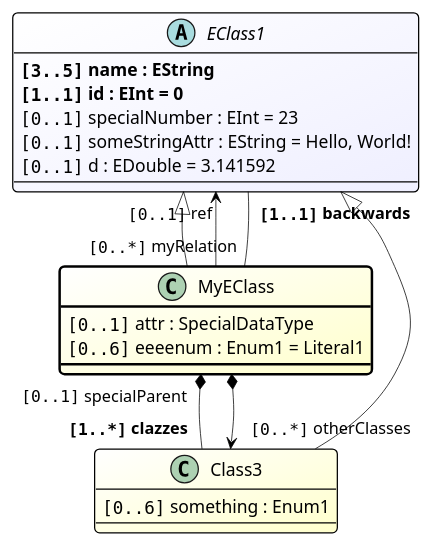
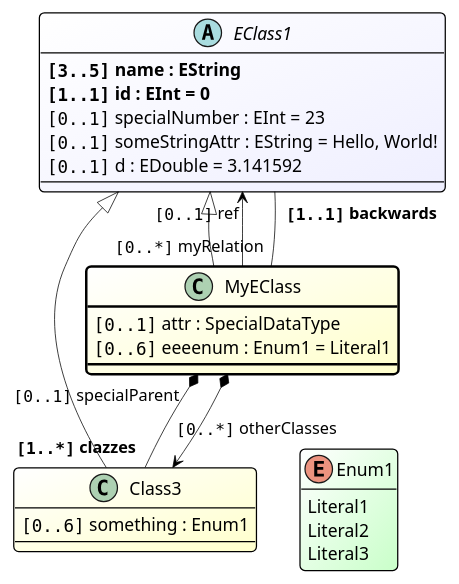
Before and after one commit to altran-mde/ecore_doc: the seventh of 10 diagrams in code/com.altran.general.emf.ecoredoc.standalone/it/testDiagram/expected.adoc, drawn with PlantUML. The commit also changed other lines of this file and 28 other files, not shown here.

Commit message:
Resolve "Provide extension to Eclipse PlantUML plugin to interactively render ecore and xcore diagrams from their editors"

```diff
--- a/code/com.altran.general.emf.ecoredoc.standalone/it/testDiagram/expected.adoc
+++ b/code/com.altran.general.emf.ecoredoc.standalone/it/testDiagram/expected.adoc
@@ -616,42 +623,49 @@
 [plantuml, ./EPackage1_MyEClass, svg]
 ----
 skinparam Arrow {
 	Color Black
 	Thickness 0.6
 }
 skinparam Class {
 	BackgroundColor <<E>> #white/technology
 	BorderColor Black
 	BorderThickness 1
 }
 skinparam Stereotype {
 	ABackgroundColor motivation
 	CBackgroundColor business
 	EBackgroundColor technology
 	IBackgroundColor motivation
 }
 skinparam RoundCorner 8
 
 class MyEClass #white/business ##[bold]black
 abstract EClass1 #white/motivation
 class Class3 #white/business
+enum Enum1 #white/technology
+hide Enum1 methods
 
+Enum1 : Literal1
+Enum1 : Literal2
+Enum1 : Literal3
 
 MyEClass : <font:monospaced>[0..1]</font> attr : SpecialDataType
 MyEClass : <font:monospaced>[0..6]</font> eeeenum : Enum1 = Literal1
+MyEClass -[hidden] Enum1
 EClass1 : **<font:monospaced>[3..5]</font> name : EString**
 EClass1 : **<font:monospaced>[1..1]</font> id : EInt = 0**
 EClass1 : <font:monospaced>[0..1]</font> specialNumber : EInt = 23
 EClass1 : <font:monospaced>[0..1]</font> someStringAttr : EString = Hello, World!
 EClass1 : <font:monospaced>[0..1]</font> d : EDouble = 3.141592
 Class3 : <font:monospaced>[0..6]</font> something : Enum1
+Class3 -[hidden] Enum1
 
 
 MyEClass -up-|> EClass1
 Class3 -up-|> EClass1
 
-MyEClass  -down-> "<font:monospaced>[0..1]</font> ref" EClass1
+MyEClass  -up-> "<font:monospaced>[0..1]</font> ref" EClass1
 MyEClass "<font:monospaced>[0..1]</font> specialParent" *-down- "**<font:monospaced>[1..*]</font> clazzes**" Class3
 MyEClass  *-down-> "<font:monospaced>[0..*]</font> otherClasses" Class3
-MyEClass "<font:monospaced>[0..*]</font> myRelation" -down- "**<font:monospaced>[1..1]</font> backwards**" EClass1
+MyEClass "<font:monospaced>[0..*]</font> myRelation" -up- "**<font:monospaced>[1..1]</font> backwards**" EClass1
 ----
```
